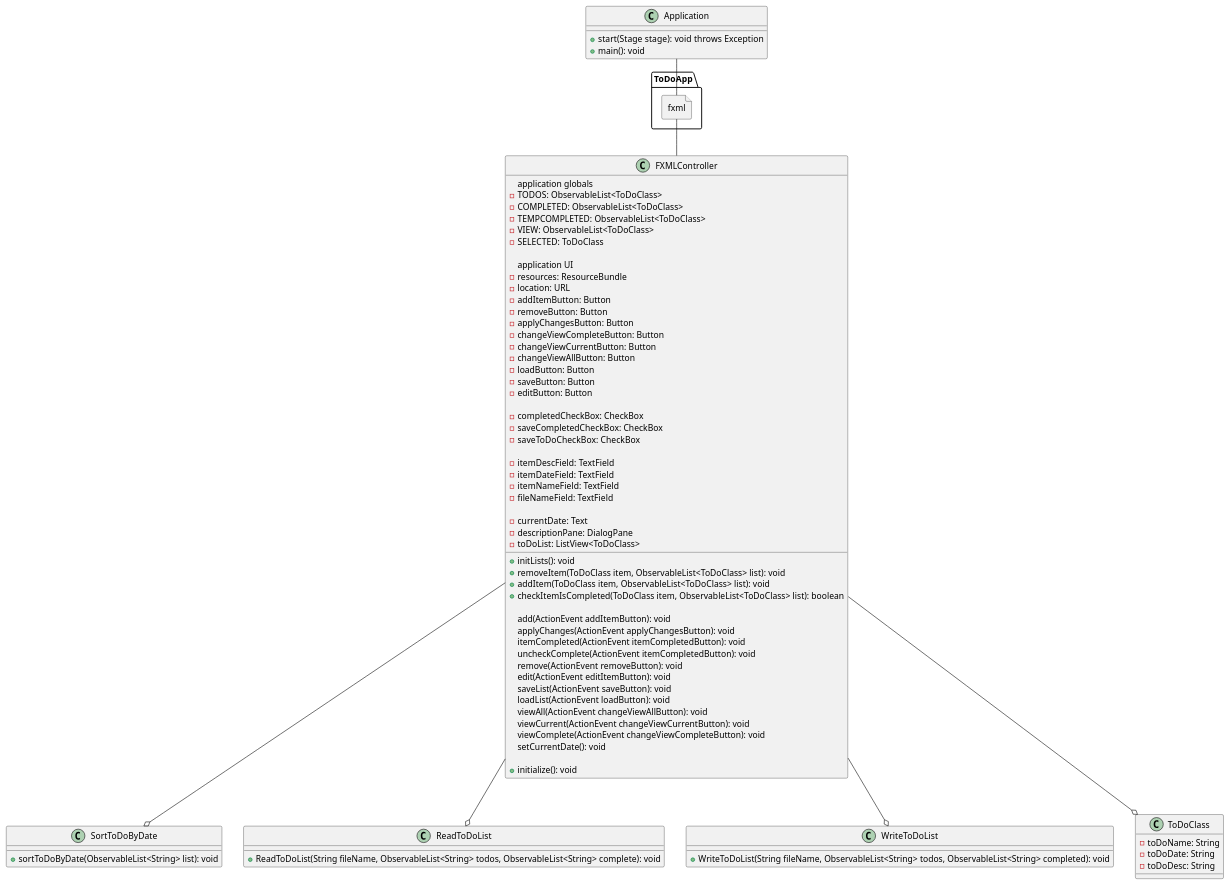
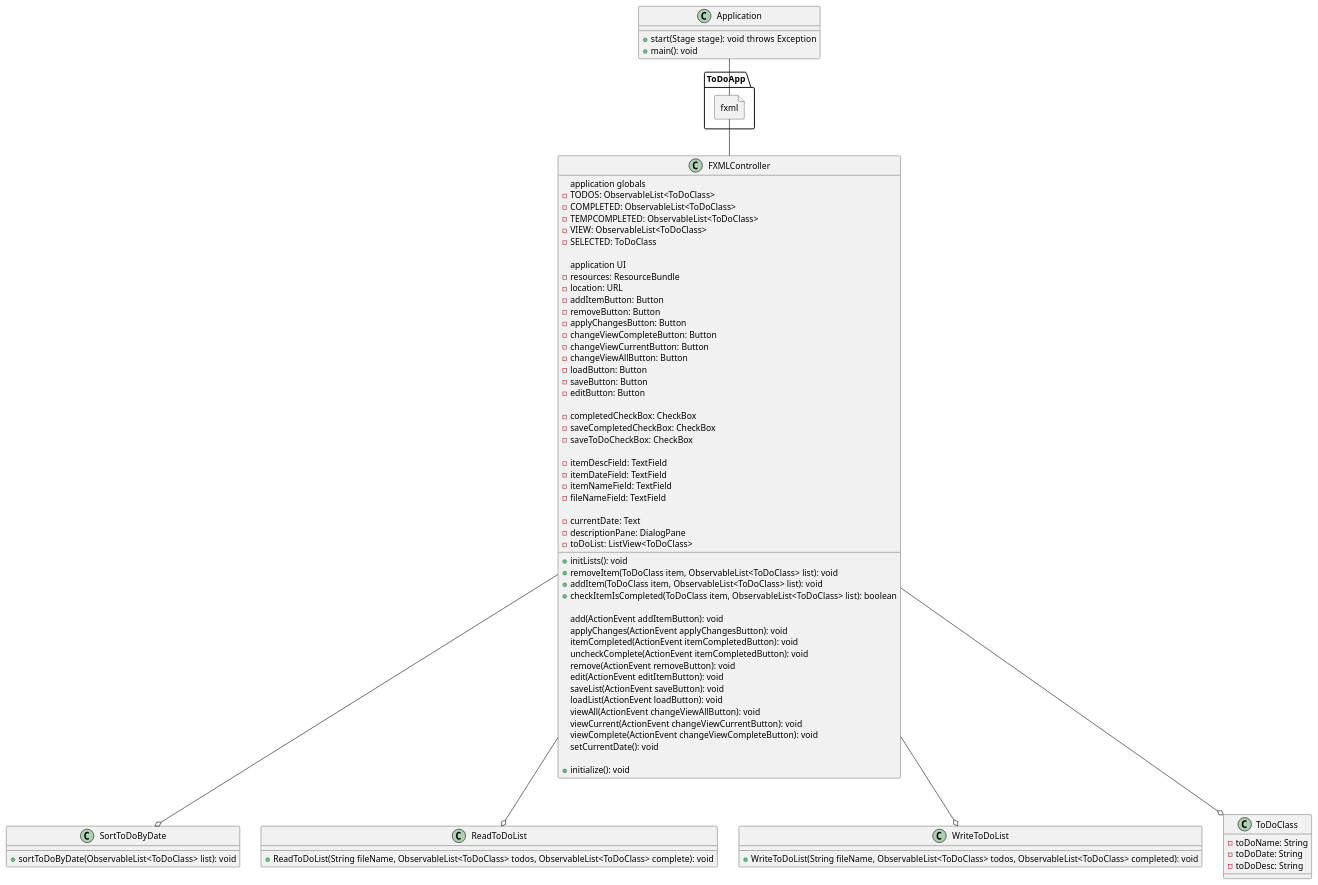
Before and after one commit to JMoore910/moore-app1-design: the diagram in docs/app1-design-Diagram.puml, drawn with PlantUML. The commit also changed 4 other files, not shown here.

```diff
--- a/docs/app1-design-Diagram.puml
+++ b/docs/app1-design-Diagram.puml
@@ -1,98 +1,98 @@
 @startuml
 'https://plantuml.com/class-diagram
 
 '/*
 ' *  UCF COP3330 Summer 2021 Application Assignment 1 Solution
 ' *  Copyright 2021 Jeanne Moore
 ' */
 
 class FXMLController {
 application globals
 -TODOS: ObservableList<ToDoClass>
 -COMPLETED: ObservableList<ToDoClass>
 -TEMPCOMPLETED: ObservableList<ToDoClass>
 -VIEW: ObservableList<ToDoClass>
 -SELECTED: ToDoClass
 
 application UI
 +initLists(): void
 -resources: ResourceBundle
 -location: URL
 -addItemButton: Button
 -removeButton: Button
 -applyChangesButton: Button
 -changeViewCompleteButton: Button
 -changeViewCurrentButton: Button
 -changeViewAllButton: Button
 -loadButton: Button
 -saveButton: Button
 -editButton: Button
 
 -completedCheckBox: CheckBox
 -saveCompletedCheckBox: CheckBox
 -saveToDoCheckBox: CheckBox
 
 -itemDescField: TextField
 -itemDateField: TextField
 -itemNameField: TextField
 -fileNameField: TextField
 
 -currentDate: Text
 -descriptionPane: DialogPane
 -toDoList: ListView<ToDoClass>
 
 +removeItem(ToDoClass item, ObservableList<ToDoClass> list): void
 +addItem(ToDoClass item, ObservableList<ToDoClass> list): void
 +checkItemIsCompleted(ToDoClass item, ObservableList<ToDoClass> list): boolean
 
 add(ActionEvent addItemButton): void
 applyChanges(ActionEvent applyChangesButton): void
 itemCompleted(ActionEvent itemCompletedButton): void
 uncheckComplete(ActionEvent itemCompletedButton): void
 remove(ActionEvent removeButton): void
 edit(ActionEvent editItemButton): void
 saveList(ActionEvent saveButton): void
 loadList(ActionEvent loadButton): void
 viewAll(ActionEvent changeViewAllButton): void
 viewCurrent(ActionEvent changeViewCurrentButton): void
 viewComplete(ActionEvent changeViewCompleteButton): void
 setCurrentDate(): void
 
 +initialize(): void
 }
 
 class Application {
 +start(Stage stage): void  throws Exception
 +main(): void
 }
 
 class SortToDoByDate {
-+sortToDoByDate(ObservableList<String> list): void
++sortToDoByDate(ObservableList<ToDoClass> list): void
 }
 
 class ReadToDoList {
-+ReadToDoList(String fileName, ObservableList<String> todos, ObservableList<String> complete): void
++ReadToDoList(String fileName, ObservableList<ToDoClass> todos, ObservableList<ToDoClass> complete): void
 }
 
 class WriteToDoList {
-+WriteToDoList(String fileName, ObservableList<String> todos, ObservableList<String> completed): void
++WriteToDoList(String fileName, ObservableList<ToDoClass> todos, ObservableList<ToDoClass> completed): void
 }
 
 class ToDoClass {
 -toDoName: String
 -toDoDate: String
 -toDoDesc: String
 }
 
 file ToDoApp.fxml {
 }
 
 Application -- ToDoApp.fxml
 ToDoApp.fxml -- FXMLController
 FXMLController --o SortToDoByDate
 FXMLController --o ReadToDoList
 FXMLController --o WriteToDoList
 FXMLController --o ToDoClass
 
 
 @enduml
```
